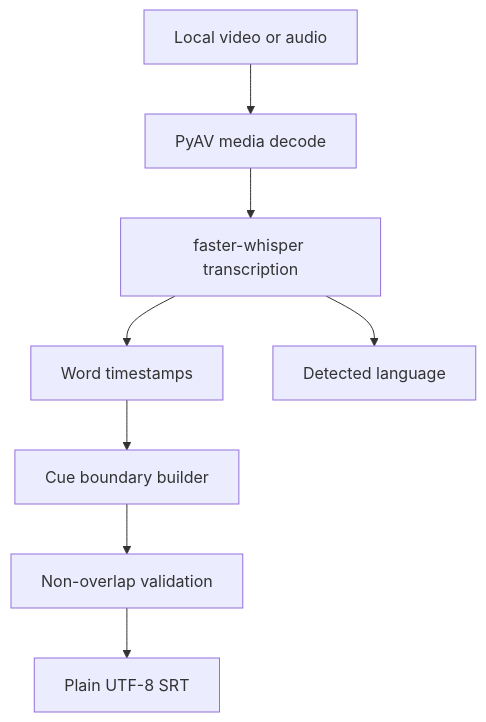
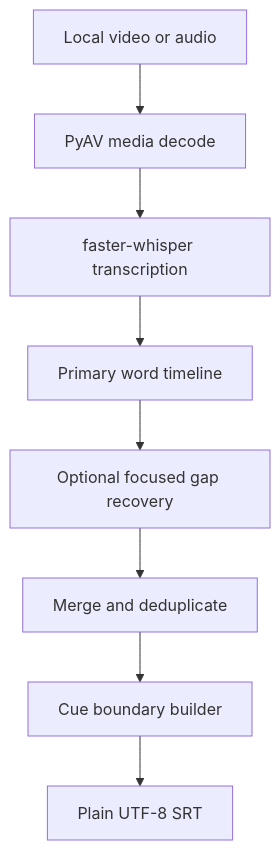
One commit to jekku0966/CaptionMiner changed the diagram in README.md. Above: the diagram before and after it, drawn with Mermaid. The commit also changed other lines of this file and 10 other files, not shown here.

````diff
--- a/README.md
+++ b/README.md
@@ -148,10 +149,10 @@
 ```mermaid
 flowchart TD
     A[Local video or audio] --> B[PyAV media decode]
     B --> C[faster-whisper transcription]
-    C --> D[Word timestamps]
-    C --> E[Detected language]
-    D --> F[Cue boundary builder]
-    F --> G[Non-overlap validation]
+    C --> D[Primary word timeline]
+    D --> E[Optional focused gap recovery]
+    E --> F[Merge and deduplicate]
+    F --> G[Cue boundary builder]
     G --> H[Plain UTF-8 SRT]
 ```
````
